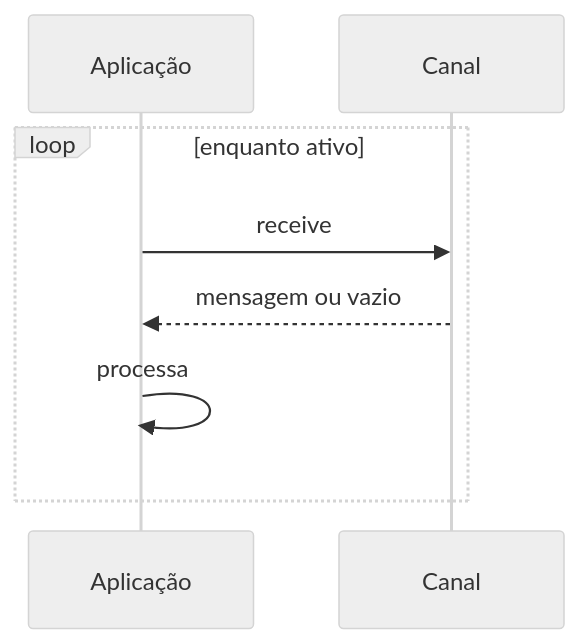
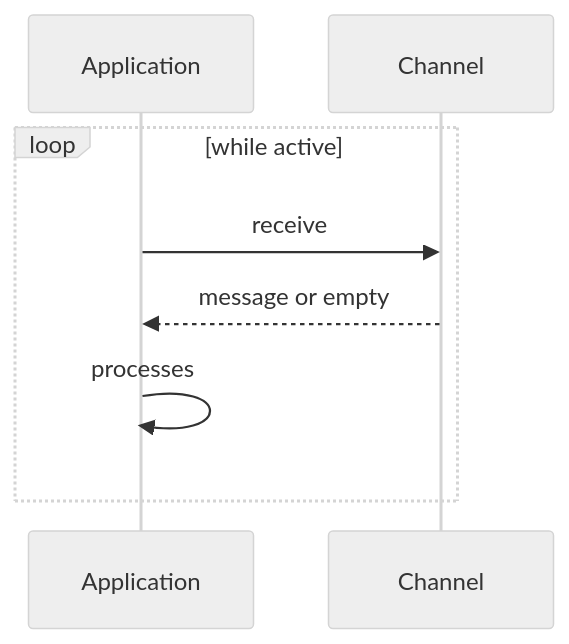
The diagram in docs/architecture/eip/messaging-endpoints/polling-consumer.md (alancesar/design-patterns), drawn with Mermaid (neutral theme) before and after one commit. The commit also changed 258 other files, not shown here.

First line of the commit message:
Translate Mermaid diagrams to English

````diff
--- a/docs/architecture/eip/messaging-endpoints/polling-consumer.md
+++ b/docs/architecture/eip/messaging-endpoints/polling-consumer.md
@@ -50,10 +50,10 @@
 ```mermaid
 sequenceDiagram
-    participant A as Aplicação
-    participant C as Canal
-    loop enquanto ativo
+    participant A as Application
+    participant C as Channel
+    loop while active
         A->>C: receive
-        C-->>A: mensagem ou vazio
-        A->>A: processa
+        C-->>A: message or empty
+        A->>A: processes
     end
 ```
````
